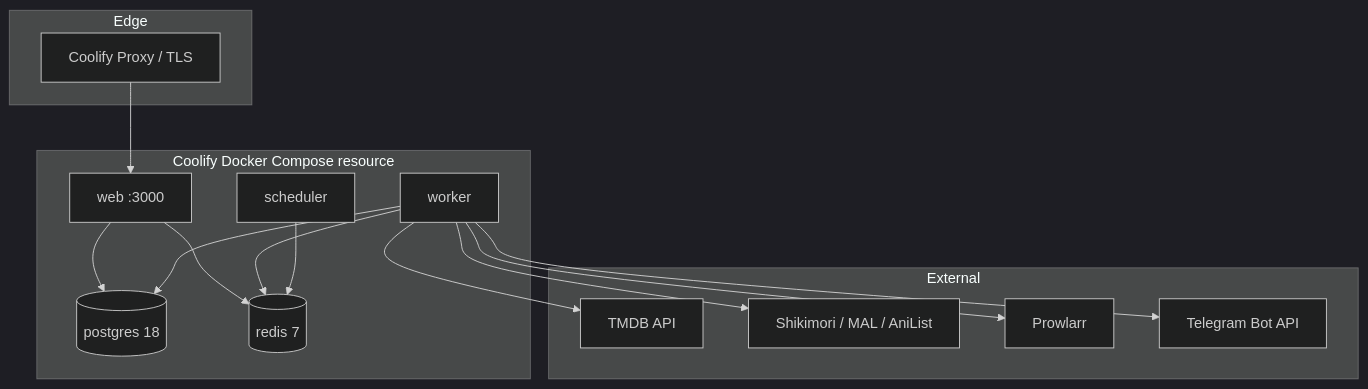
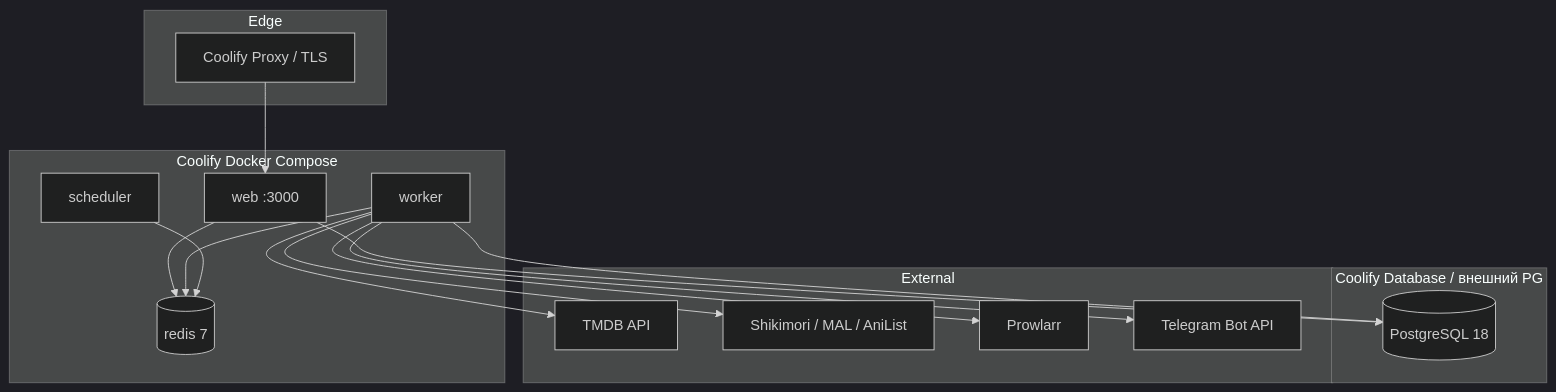
The diagram in docs/PLATFORM_ARCHITECTURE.md (denis-ershov/anisync), drawn with Mermaid (dark theme) before and after one commit. The commit also changed other lines of this file and 5 other files, not shown here.

First line of the commit message:
Refactor Docker setup for Coolify deployment

````diff
--- a/docs/PLATFORM_ARCHITECTURE.md
+++ b/docs/PLATFORM_ARCHITECTURE.md
@@ -23,32 +23,35 @@
 ```mermaid
 flowchart TB
     subgraph edge [Edge]
         CF[Coolify Proxy / TLS]
     end
 
-    subgraph compose [Coolify Docker Compose resource]
+    subgraph compose [Coolify Docker Compose]
         Web[web :3000]
         Worker[worker]
         Scheduler[scheduler]
-        PG[(postgres 18)]
         Redis[(redis 7)]
+    end
+
+    subgraph data [Coolify Database / внешний PG]
+        PG[(PostgreSQL 18)]
     end
 
     subgraph external [External]
         TMDB[TMDB API]
         SH[Shikimori / MAL / AniList]
         PR[Prowlarr]
         TG[Telegram Bot API]
     end
 
     CF --> Web
     Web --> PG
     Web --> Redis
     Worker --> PG
     Worker --> Redis
     Worker --> TMDB
     Worker --> SH
     Worker --> PR
     Worker --> TG
     Scheduler --> Redis
 ```
````
